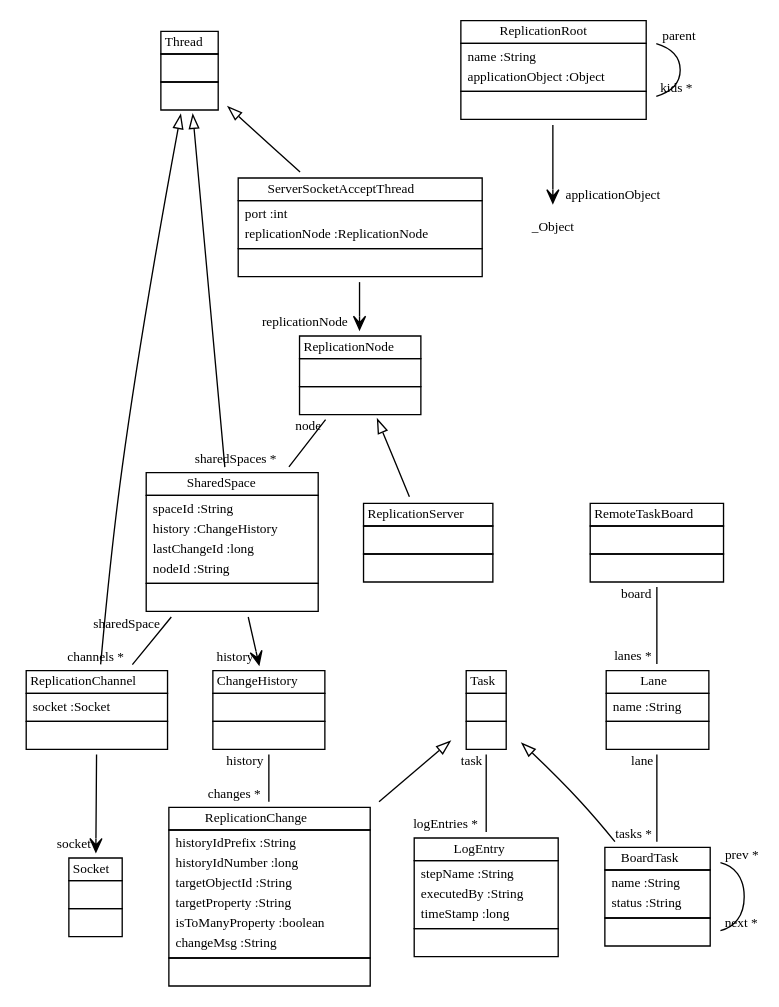
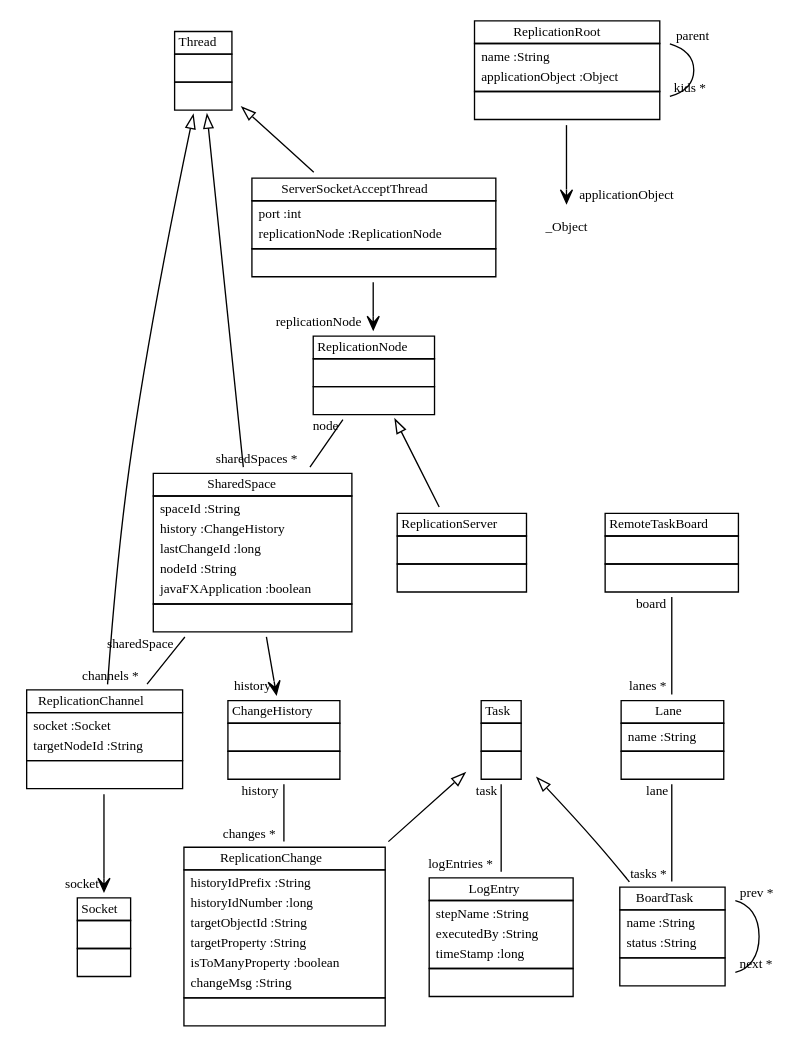
Before and after one commit to fujaba/SDMLib: the diagram in doc/ReplicationModel01.dot, drawn with Graphviz. The commit also changed 20 other files, not shown here.

Commit message:
extended SharedSpace for direct channel communication without ReplicationNode

```diff
--- a/doc/ReplicationModel01.dot
+++ b/doc/ReplicationModel01.dot
@@ -1,43 +1,43 @@
 
  digraph ClassDiagram {
     node [shape = none, fontsize = 10]; 
     edge [fontsize = 10];
     
     
     _Thread [label=<<table border='0' cellborder='1' cellspacing='0'> <tr> <td HREF="../src/java/lang/Thread.java">Thread</td> </tr> <tr><td><table border='0' cellborder='0' cellspacing='0'> <tr><td> </td></tr> </table></td></tr> <tr><td><table border='0' cellborder='0' cellspacing='0'> <tr><td> </td></tr> </table></td></tr> </table>>];
     _Socket [label=<<table border='0' cellborder='1' cellspacing='0'> <tr> <td HREF="../src/java/net/Socket.java">Socket</td> </tr> <tr><td><table border='0' cellborder='0' cellspacing='0'> <tr><td> </td></tr> </table></td></tr> <tr><td><table border='0' cellborder='0' cellspacing='0'> <tr><td> </td></tr> </table></td></tr> </table>>];
     _ReplicationNode [label=<<table border='0' cellborder='1' cellspacing='0'> <tr> <td HREF="../src/org/sdmlib/replication/ReplicationNode.java">ReplicationNode</td> </tr> <tr><td><table border='0' cellborder='0' cellspacing='0'> <tr><td> </td></tr> </table></td></tr> <tr><td><table border='0' cellborder='0' cellspacing='0'> <tr><td> </td></tr> </table></td></tr> </table>>];
-    _SharedSpace [label=<<table border='0' cellborder='1' cellspacing='0'> <tr> <td HREF="../src/org/sdmlib/replication/SharedSpace.java">SharedSpace</td> </tr> <tr><td><table border='0' cellborder='0' cellspacing='0'> <tr><td align='left'>spaceId :String</td></tr> <tr><td align='left'>history :ChangeHistory</td></tr> <tr><td align='left'>lastChangeId :long</td></tr> <tr><td align='left'>nodeId :String</td></tr>  </table></td></tr> <tr><td><table border='0' cellborder='0' cellspacing='0'> <tr><td> </td></tr> </table></td></tr> </table>>];
-    _ReplicationChannel [label=<<table border='0' cellborder='1' cellspacing='0'> <tr> <td HREF="../src/org/sdmlib/replication/ReplicationChannel.java">ReplicationChannel</td> </tr> <tr><td><table border='0' cellborder='0' cellspacing='0'> <tr><td align='left'>socket :Socket</td></tr>  </table></td></tr> <tr><td><table border='0' cellborder='0' cellspacing='0'> <tr><td> </td></tr> </table></td></tr> </table>>];
+    _SharedSpace [label=<<table border='0' cellborder='1' cellspacing='0'> <tr> <td HREF="../src/org/sdmlib/replication/SharedSpace.java">SharedSpace</td> </tr> <tr><td><table border='0' cellborder='0' cellspacing='0'> <tr><td align='left'>spaceId :String</td></tr> <tr><td align='left'>history :ChangeHistory</td></tr> <tr><td align='left'>lastChangeId :long</td></tr> <tr><td align='left'>nodeId :String</td></tr> <tr><td align='left'>javaFXApplication :boolean</td></tr>  </table></td></tr> <tr><td><table border='0' cellborder='0' cellspacing='0'> <tr><td> </td></tr> </table></td></tr> </table>>];
+    _ReplicationChannel [label=<<table border='0' cellborder='1' cellspacing='0'> <tr> <td HREF="../src/org/sdmlib/replication/ReplicationChannel.java">ReplicationChannel</td> </tr> <tr><td><table border='0' cellborder='0' cellspacing='0'> <tr><td align='left'>socket :Socket</td></tr> <tr><td align='left'>targetNodeId :String</td></tr>  </table></td></tr> <tr><td><table border='0' cellborder='0' cellspacing='0'> <tr><td> </td></tr> </table></td></tr> </table>>];
     _ReplicationServer [label=<<table border='0' cellborder='1' cellspacing='0'> <tr> <td HREF="../src/org/sdmlib/replication/ReplicationServer.java">ReplicationServer</td> </tr> <tr><td><table border='0' cellborder='0' cellspacing='0'> <tr><td> </td></tr> </table></td></tr> <tr><td><table border='0' cellborder='0' cellspacing='0'> <tr><td> </td></tr> </table></td></tr> </table>>];
     _ServerSocketAcceptThread [label=<<table border='0' cellborder='1' cellspacing='0'> <tr> <td HREF="../src/org/sdmlib/replication/ServerSocketAcceptThread.java">ServerSocketAcceptThread</td> </tr> <tr><td><table border='0' cellborder='0' cellspacing='0'> <tr><td align='left'>port :int</td></tr> <tr><td align='left'>replicationNode :ReplicationNode</td></tr>  </table></td></tr> <tr><td><table border='0' cellborder='0' cellspacing='0'> <tr><td> </td></tr> </table></td></tr> </table>>];
     _Task [label=<<table border='0' cellborder='1' cellspacing='0'> <tr> <td HREF="../src/org/sdmlib/replication/Task.java">Task</td> </tr> <tr><td><table border='0' cellborder='0' cellspacing='0'> <tr><td> </td></tr> </table></td></tr> <tr><td><table border='0' cellborder='0' cellspacing='0'> <tr><td> </td></tr> </table></td></tr> </table>>];
     _LogEntry [label=<<table border='0' cellborder='1' cellspacing='0'> <tr> <td HREF="../src/org/sdmlib/replication/LogEntry.java">LogEntry</td> </tr> <tr><td><table border='0' cellborder='0' cellspacing='0'> <tr><td align='left'>stepName :String</td></tr> <tr><td align='left'>executedBy :String</td></tr> <tr><td align='left'>timeStamp :long</td></tr>  </table></td></tr> <tr><td><table border='0' cellborder='0' cellspacing='0'> <tr><td> </td></tr> </table></td></tr> </table>>];
     _ChangeHistory [label=<<table border='0' cellborder='1' cellspacing='0'> <tr> <td HREF="../src/org/sdmlib/replication/ChangeHistory.java">ChangeHistory</td> </tr> <tr><td><table border='0' cellborder='0' cellspacing='0'> <tr><td> </td></tr> </table></td></tr> <tr><td><table border='0' cellborder='0' cellspacing='0'> <tr><td> </td></tr> </table></td></tr> </table>>];
     _ReplicationChange [label=<<table border='0' cellborder='1' cellspacing='0'> <tr> <td HREF="../src/org/sdmlib/replication/ReplicationChange.java">ReplicationChange</td> </tr> <tr><td><table border='0' cellborder='0' cellspacing='0'> <tr><td align='left'>historyIdPrefix :String</td></tr> <tr><td align='left'>historyIdNumber :long</td></tr> <tr><td align='left'>targetObjectId :String</td></tr> <tr><td align='left'>targetProperty :String</td></tr> <tr><td align='left'>isToManyProperty :boolean</td></tr> <tr><td align='left'>changeMsg :String</td></tr>  </table></td></tr> <tr><td><table border='0' cellborder='0' cellspacing='0'> <tr><td> </td></tr> </table></td></tr> </table>>];
     _RemoteTaskBoard [label=<<table border='0' cellborder='1' cellspacing='0'> <tr> <td HREF="../src/org/sdmlib/replication/RemoteTaskBoard.java">RemoteTaskBoard</td> </tr> <tr><td><table border='0' cellborder='0' cellspacing='0'> <tr><td> </td></tr> </table></td></tr> <tr><td><table border='0' cellborder='0' cellspacing='0'> <tr><td> </td></tr> </table></td></tr> </table>>];
     _Lane [label=<<table border='0' cellborder='1' cellspacing='0'> <tr> <td HREF="../src/org/sdmlib/replication/Lane.java">Lane</td> </tr> <tr><td><table border='0' cellborder='0' cellspacing='0'> <tr><td align='left'>name :String</td></tr>  </table></td></tr> <tr><td><table border='0' cellborder='0' cellspacing='0'> <tr><td> </td></tr> </table></td></tr> </table>>];
     _BoardTask [label=<<table border='0' cellborder='1' cellspacing='0'> <tr> <td HREF="../src/org/sdmlib/replication/BoardTask.java">BoardTask</td> </tr> <tr><td><table border='0' cellborder='0' cellspacing='0'> <tr><td align='left'>name :String</td></tr> <tr><td align='left'>status :String</td></tr>  </table></td></tr> <tr><td><table border='0' cellborder='0' cellspacing='0'> <tr><td> </td></tr> </table></td></tr> </table>>];
     _ReplicationRoot [label=<<table border='0' cellborder='1' cellspacing='0'> <tr> <td HREF="../src/org/sdmlib/replication/ReplicationRoot.java">ReplicationRoot</td> </tr> <tr><td><table border='0' cellborder='0' cellspacing='0'> <tr><td align='left'>name :String</td></tr> <tr><td align='left'>applicationObject :Object</td></tr>  </table></td></tr> <tr><td><table border='0' cellborder='0' cellspacing='0'> <tr><td> </td></tr> </table></td></tr> </table>>];
     
     
     
     _Thread ->  _SharedSpace [dir = "back" arrowtail = "empty"];
     _Thread ->  _ReplicationChannel [dir = "back" arrowtail = "empty"];
     _ReplicationNode ->  _ReplicationServer [dir = "back" arrowtail = "empty"];
     _Thread ->  _ServerSocketAcceptThread [dir = "back" arrowtail = "empty"];
     _Task ->  _ReplicationChange [dir = "back" arrowtail = "empty"];
     _Task ->  _BoardTask [dir = "back" arrowtail = "empty"];
     _ReplicationNode -> _SharedSpace [headlabel = "sharedSpaces *" taillabel = "node" arrowhead = "none" ];
     _SharedSpace -> _ReplicationChannel [headlabel = "channels *" taillabel = "sharedSpace" arrowhead = "none" ];
     _Task -> _LogEntry [headlabel = "logEntries *" taillabel = "task" arrowhead = "none" ];
     _ChangeHistory -> _ReplicationChange [headlabel = "changes *" taillabel = "history" arrowhead = "none" ];
     _RemoteTaskBoard -> _Lane [headlabel = "lanes *" taillabel = "board" arrowhead = "none" ];
     _Lane -> _BoardTask [headlabel = "tasks *" taillabel = "lane" arrowhead = "none" ];
     _BoardTask -> _BoardTask [headlabel = "next *" taillabel = "prev *" arrowhead = "none" ];
     _ReplicationRoot -> _ReplicationRoot [headlabel = "kids *" taillabel = "parent" arrowhead = "none" ];
     _SharedSpace -> _ChangeHistory [headlabel = "history" taillabel = "" arrowhead = "vee" ];
     _ReplicationChannel -> _Socket [headlabel = "socket" taillabel = "" arrowhead = "vee" ];
     _ServerSocketAcceptThread -> _ReplicationNode [headlabel = "replicationNode" taillabel = "" arrowhead = "vee" ];
     _ReplicationRoot -> _Object [headlabel = "applicationObject" taillabel = "" arrowhead = "vee" ];
 }
```
